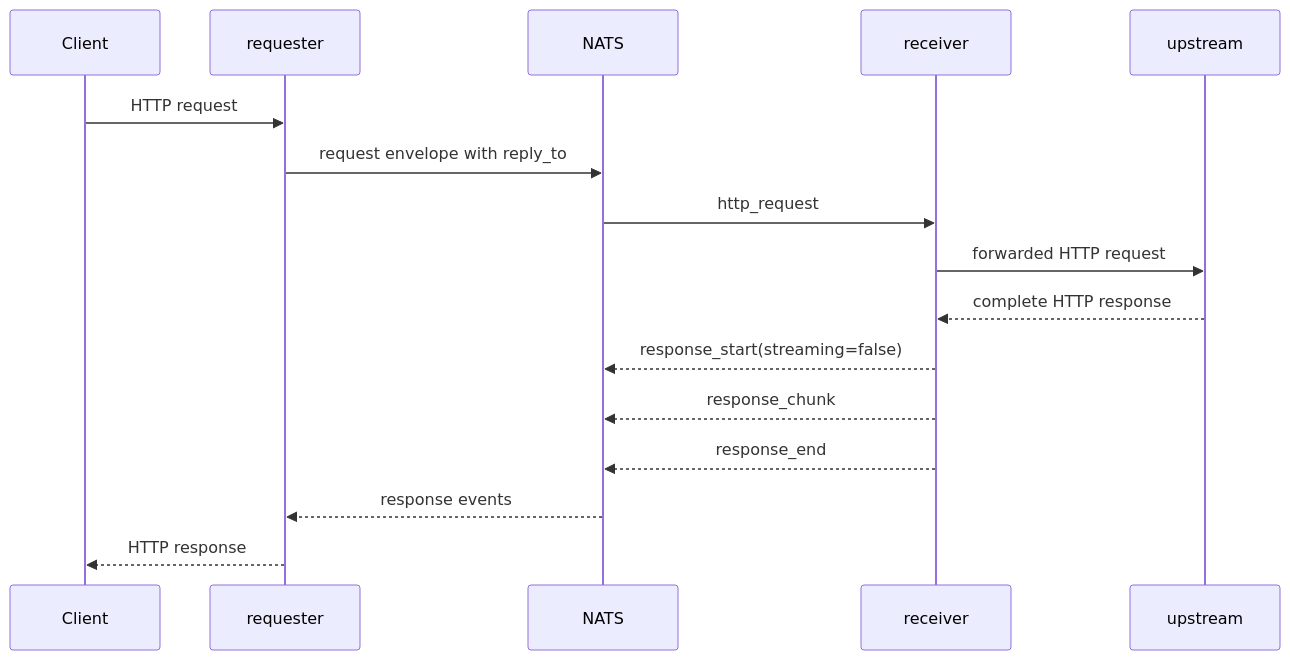
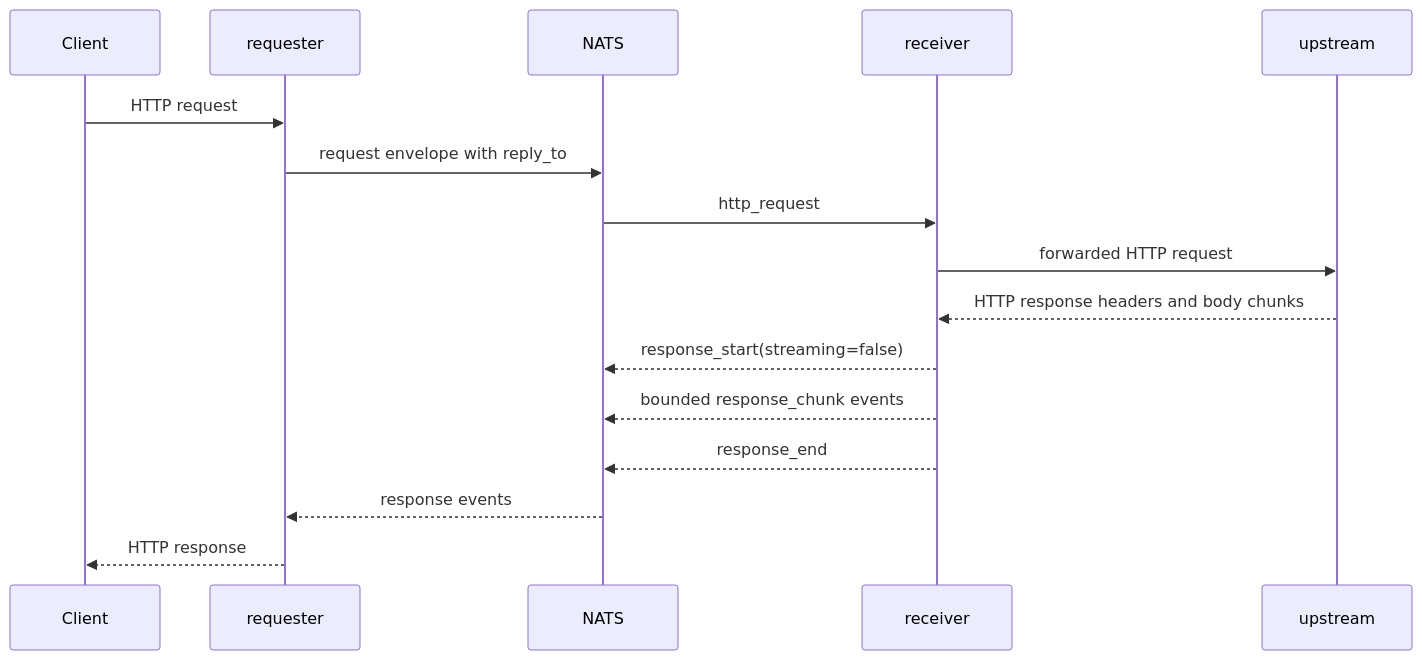
The first of 3 diagrams in docs-site/src/content/docs/architecture/bridge-protocol.md (artyomb/nats-proxy), drawn with Mermaid before and after one commit. The commit also changed other lines of this file and 22 other files, not shown here.

````diff
--- a/docs-site/src/content/docs/architecture/bridge-protocol.md
+++ b/docs-site/src/content/docs/architecture/bridge-protocol.md
@@ -76,19 +96,19 @@
 ```mermaid
 sequenceDiagram
   participant Client
   participant Req as requester
   participant NATS
   participant Rec as receiver
   participant Up as upstream
 
   Client->>Req: HTTP request
   Req->>NATS: request envelope with reply_to
   NATS->>Rec: http_request
   Rec->>Up: forwarded HTTP request
-  Up-->>Rec: complete HTTP response
+  Up-->>Rec: HTTP response headers and body chunks
   Rec-->>NATS: response_start(streaming=false)
-  Rec-->>NATS: response_chunk
+  Rec-->>NATS: bounded response_chunk events
   Rec-->>NATS: response_end
   NATS-->>Req: response events
   Req-->>Client: HTTP response
 ```
````
